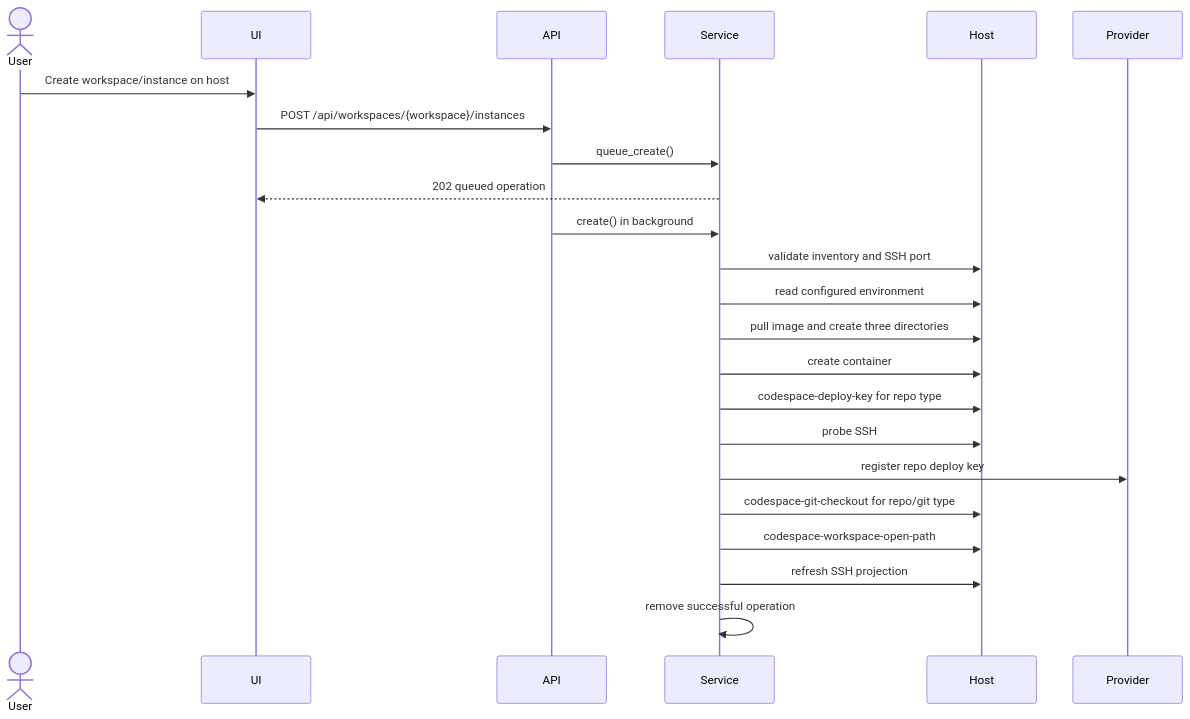
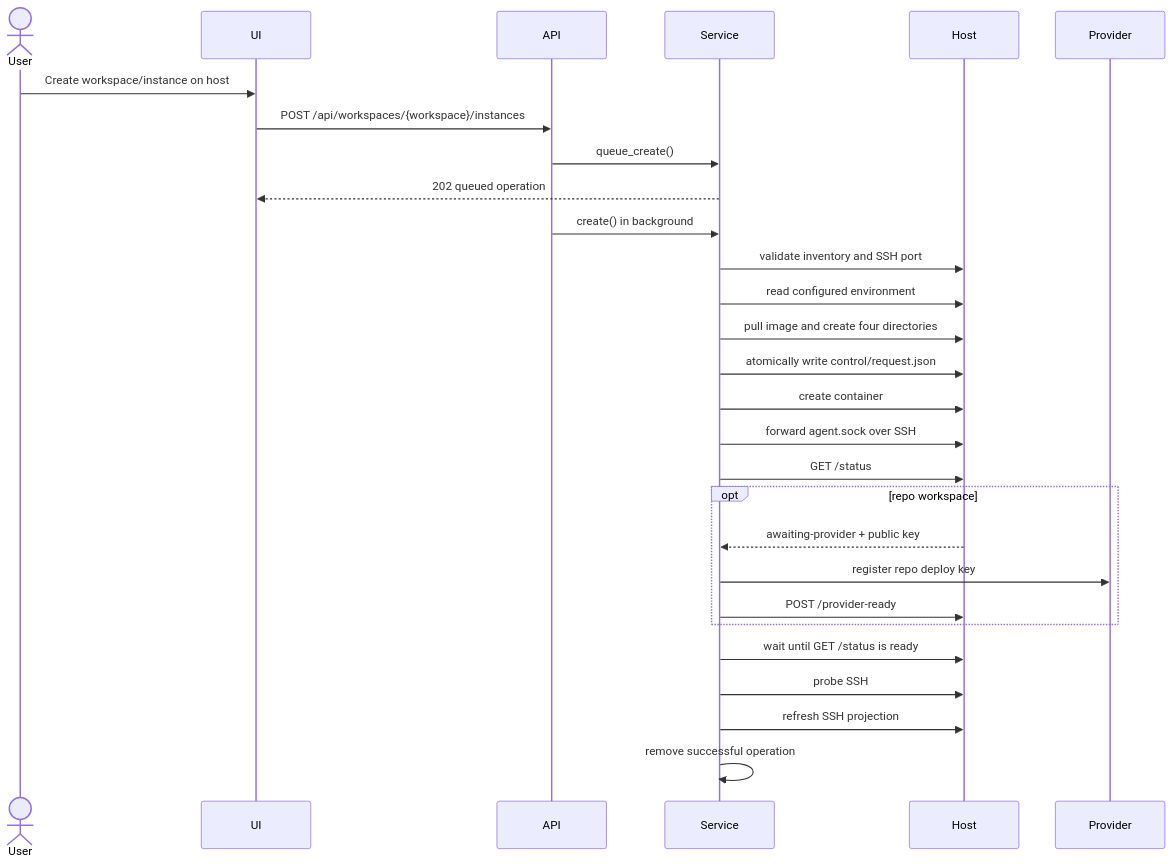
Before and after one commit to curoky/codespace: the sixth of 9 diagrams in controller/DESIGN.md, drawn with Mermaid. The commit also changed other lines of this file and 42 other files, not shown here.

First line of the commit message:
feat: add container-side workspace agent and integrate with control plane

````diff
--- a/controller/DESIGN.md
+++ b/controller/DESIGN.md
@@ -203,26 +217,31 @@
 ```mermaid
 sequenceDiagram
     actor User
     participant UI
     participant API
     participant Service
     participant Host
     participant Provider
 
     User->>UI: Create workspace/instance on host
     UI->>API: POST /api/workspaces/{workspace}/instances
     API->>Service: queue_create()
     Service-->>UI: 202 queued operation
     API->>Service: create() in background
     Service->>Host: validate inventory and SSH port
     Service->>Host: read configured environment
-    Service->>Host: pull image and create three directories
+    Service->>Host: pull image and create four directories
+    Service->>Host: atomically write control/request.json
     Service->>Host: create container
-    Service->>Host: codespace-deploy-key for repo type
+    Service->>Host: forward agent.sock over SSH
+    Service->>Host: GET /status
+    opt repo workspace
+        Host-->>Service: awaiting-provider + public key
+        Service->>Provider: register repo deploy key
+        Service->>Host: POST /provider-ready
+    end
+    Service->>Host: wait until GET /status is ready
     Service->>Host: probe SSH
-    Service->>Provider: register repo deploy key
-    Service->>Host: codespace-git-checkout for repo/git type
-    Service->>Host: codespace-workspace-open-path
     Service->>Host: refresh SSH projection
     Service->>Service: remove successful operation
 ```
````
